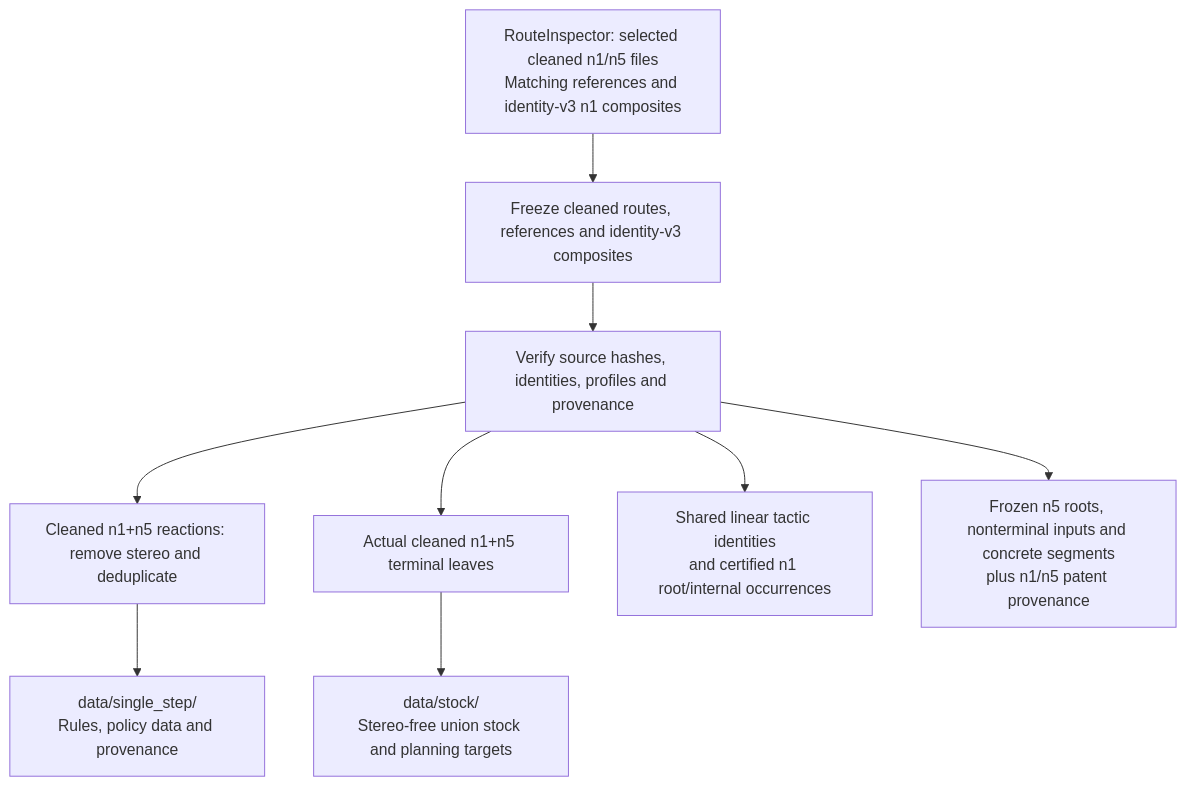
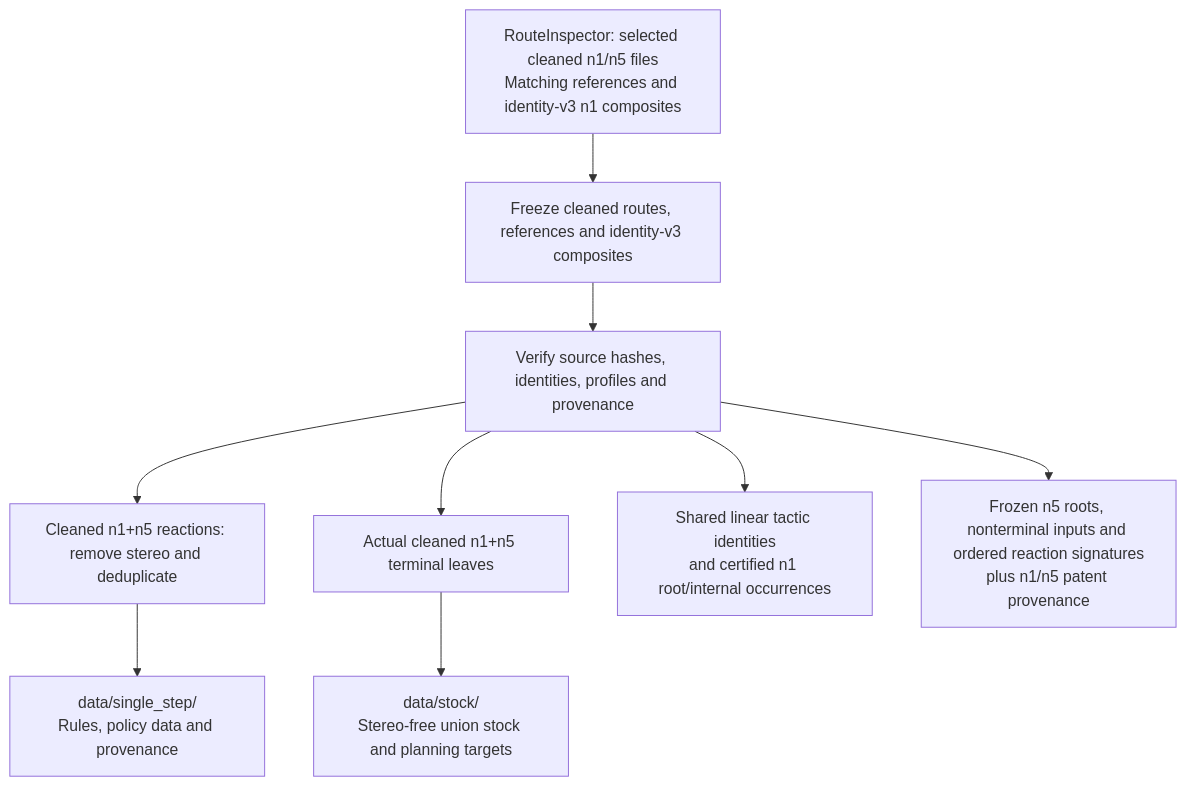
Before and after one commit to Protolaw/retrocomposite: the first of 2 diagrams in docs/diagrams/preparation.md, drawn with Mermaid. The commit also changed other lines of this file and 29 other files, not shown here.

Commit message:
Use InChI reaction signatures for E3 and publish verified composite cohorts

````diff
--- a/docs/diagrams/preparation.md
+++ b/docs/diagrams/preparation.md
@@ -11,17 +11,17 @@
 ```mermaid
 flowchart TD
     RI["RouteInspector: selected cleaned n1/n5 files<br/>Matching references and identity-v3 n1 composites"]
     RELEASE["Freeze cleaned routes, references and identity-v3 composites"]
     CHECK["Verify source hashes, identities, profiles and provenance"]
     REACTIONS["Cleaned n1+n5 reactions: remove stereo and deduplicate"]
     SINGLE["data/single_step/<br/>Rules, policy data and provenance"]
     LEAVES["Actual cleaned n1+n5 terminal leaves"]
     STOCK["data/stock/<br/>Stereo-free union stock and planning targets"]
     SHARED["Shared linear tactic identities<br/>and certified n1 root/internal occurrences"]
-    REFERENCE["Frozen n5 roots, nonterminal inputs and concrete segments<br/>plus n1/n5 patent provenance"]
+    REFERENCE["Frozen n5 roots, nonterminal inputs and ordered reaction signatures<br/>plus n1/n5 patent provenance"]
     RI --> RELEASE --> CHECK
     CHECK --> REACTIONS --> SINGLE
     CHECK --> LEAVES --> STOCK
     CHECK --> SHARED
     CHECK --> REFERENCE
 ```
````
